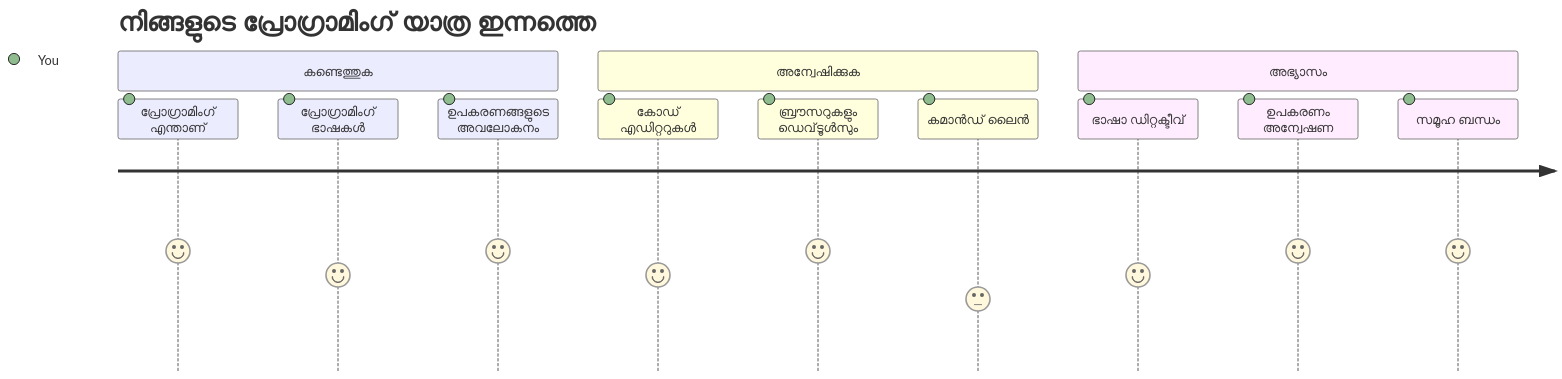
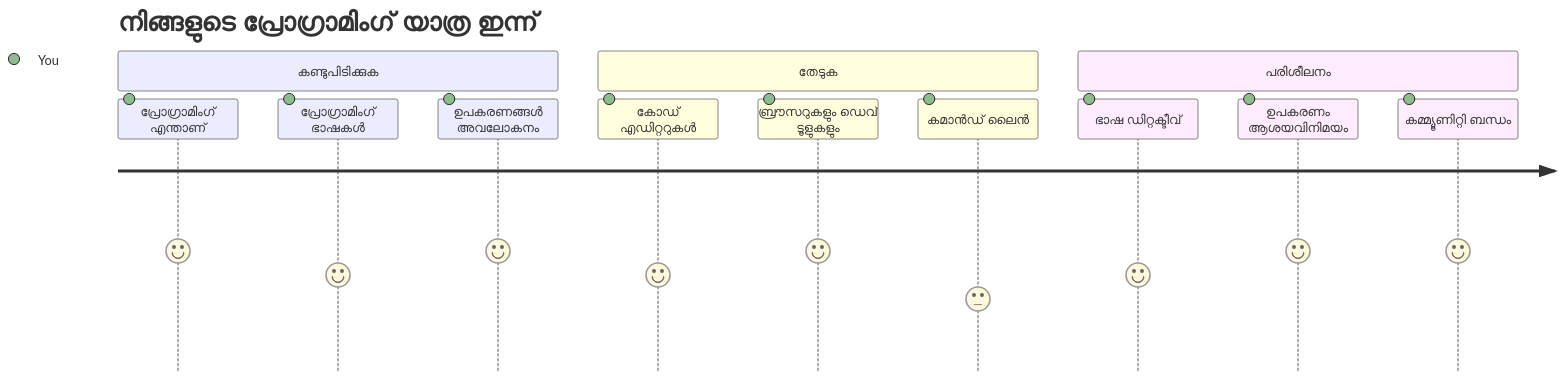
One commit to microsoft/Web-Dev-For-Beginners changed the first of 7 diagrams in translations/ml/1-getting-started-lessons/1-intro-to-programming-languages/README.md. Above: the diagram before and after it, drawn with Mermaid. The commit also changed other lines of this file and 8 other files, not shown here.

````diff
--- a/translations/ml/1-getting-started-lessons/1-intro-to-programming-languages/README.md
+++ b/translations/ml/1-getting-started-lessons/1-intro-to-programming-languages/README.md
@@ -14,16 +14,16 @@
 ```mermaid
 journey
-    title നിങ്ങളുടെ പ്രോഗ്രാമിംഗ് യാത്ര ഇന്നത്തെ
-    section കണ്ടെത്തുക
+    title നിങ്ങളുടെ പ്രോഗ്രാമിംഗ് യാത്ര ഇന്ന്
+    section കണ്ടുപിടിക്കുക
       പ്രോഗ്രാമിംഗ് എന്താണ്: 5: You
       പ്രോഗ്രാമിംഗ് ഭാഷകൾ: 4: You
-      ഉപകരണങ്ങളുടെ അവലോകനം: 5: You
-    section അന്വേഷിക്കുക
+      ഉപകരണങ്ങൾ അവലോകനം: 5: You
+    section തേടുക
       കോഡ് എഡിറ്ററുകൾ: 4: You
-      ബ്രൗസറുകളും ഡെവ്‌ടൂൾസും: 5: You
+      ബ്രൗസറുകളും ഡെവ് ടൂളുകളും: 5: You
       കമാൻഡ് ലൈൻ: 3: You
-    section അഭ്യാസം
-      ഭാഷാ ഡിറ്റക്ടീവ്: 4: You
-      ഉപകരണം അന്വേഷണ: 5: You
-      സമൂഹ ബന്ധം: 5: You
+    section പരിശീലനം
+      ഭാഷ ഡിറ്റക്ടീവ്: 4: You
+      ഉപകരണം ആശയവിനിമയം: 5: You
+      കമ്മ്യൂണിറ്റി ബന്ധം: 5: You
 ```
````
